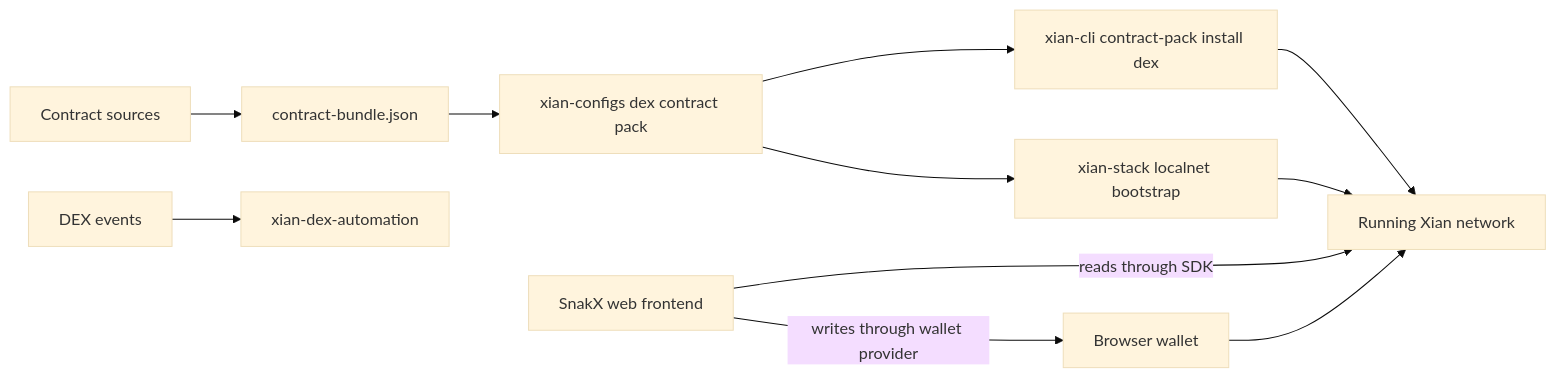
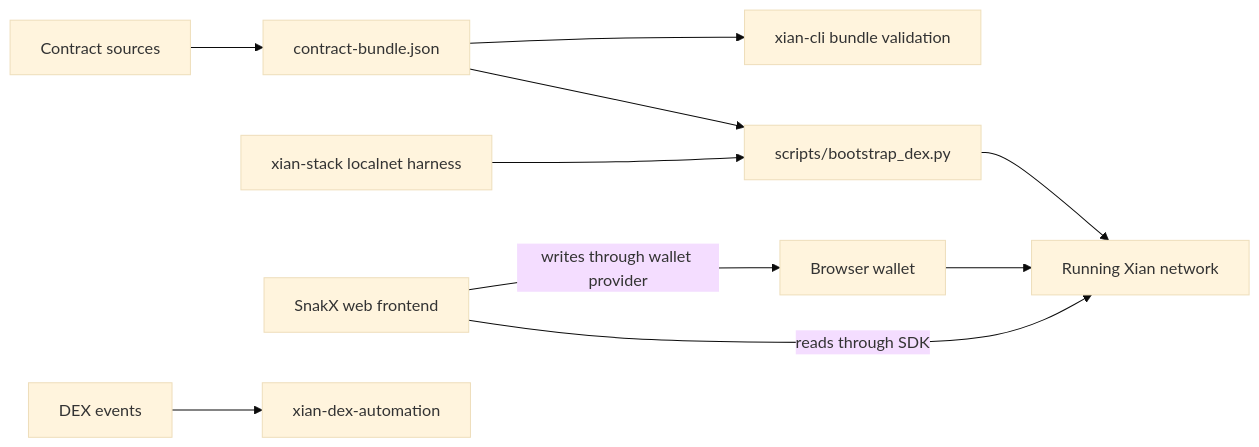
One commit to xian-technology/xian-dex changed the diagram in README.md. Above: the diagram before and after it, drawn with Mermaid (base theme). The commit also changed other lines of this file, not shown here.

Commit message:
Use repo-owned DEX bootstrap flow

````diff
--- a/README.md
+++ b/README.md
@@ -15,13 +15,12 @@
 ```mermaid
 flowchart LR
   Source["Contract sources"] --> Bundle["contract-bundle.json"]
-  Bundle --> Configs["xian-configs dex contract pack"]
-  Configs --> CLI["xian-cli contract-pack install dex"]
-  Configs --> Stack["xian-stack localnet bootstrap"]
-  CLI --> Chain["Running Xian network"]
-  Stack --> Chain
+  Bundle --> Bootstrap["scripts/bootstrap_dex.py"]
+  Bundle --> CLI["xian-cli bundle validation"]
+  Bootstrap --> Chain["Running Xian network"]
+  Stack["xian-stack localnet harness"] --> Bootstrap
   Web["SnakX web frontend"] -->|reads through SDK| Chain
   Web -->|writes through wallet provider| Wallet["Browser wallet"]
   Wallet --> Chain
   Events["DEX events"] --> Automation["xian-dex-automation"]
 ```
````
